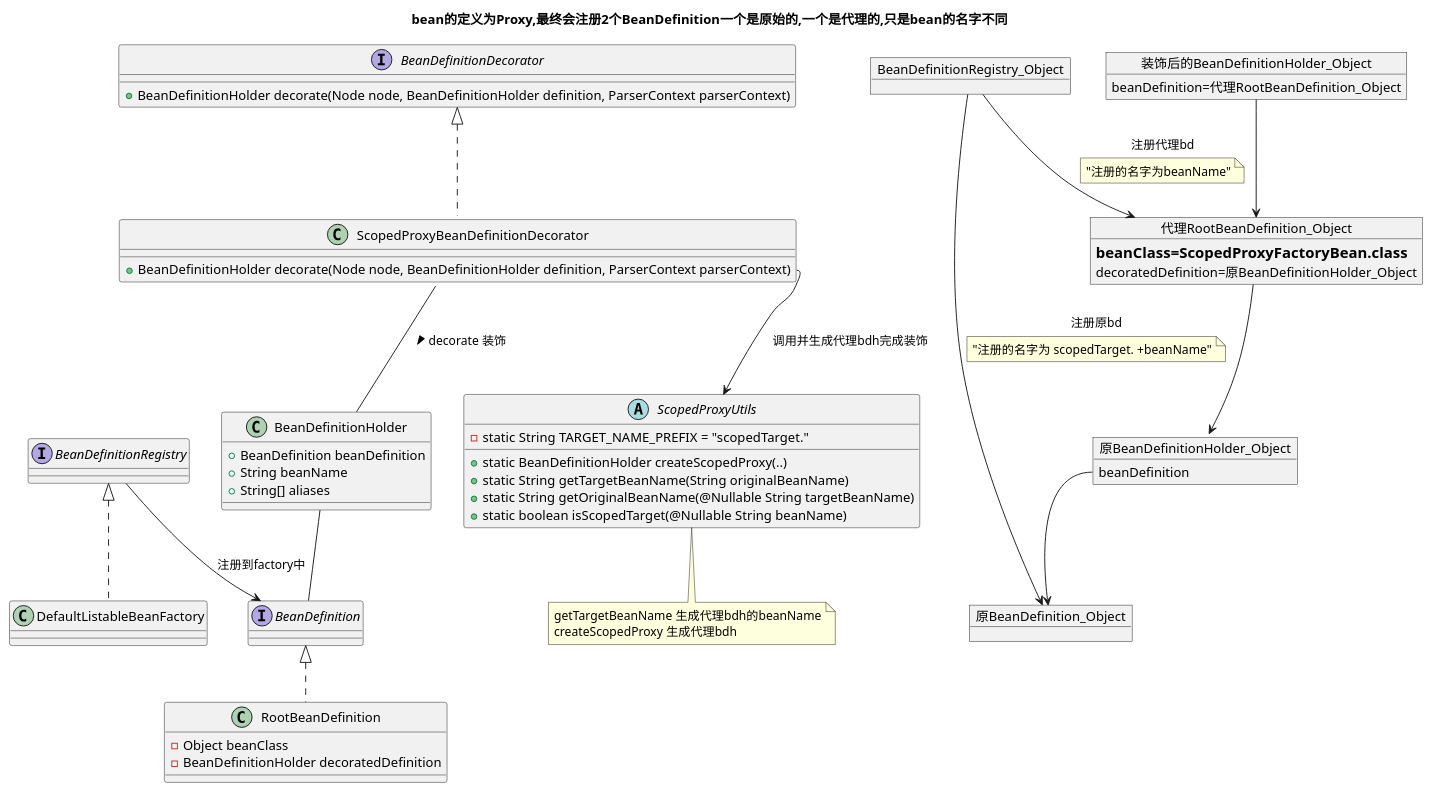
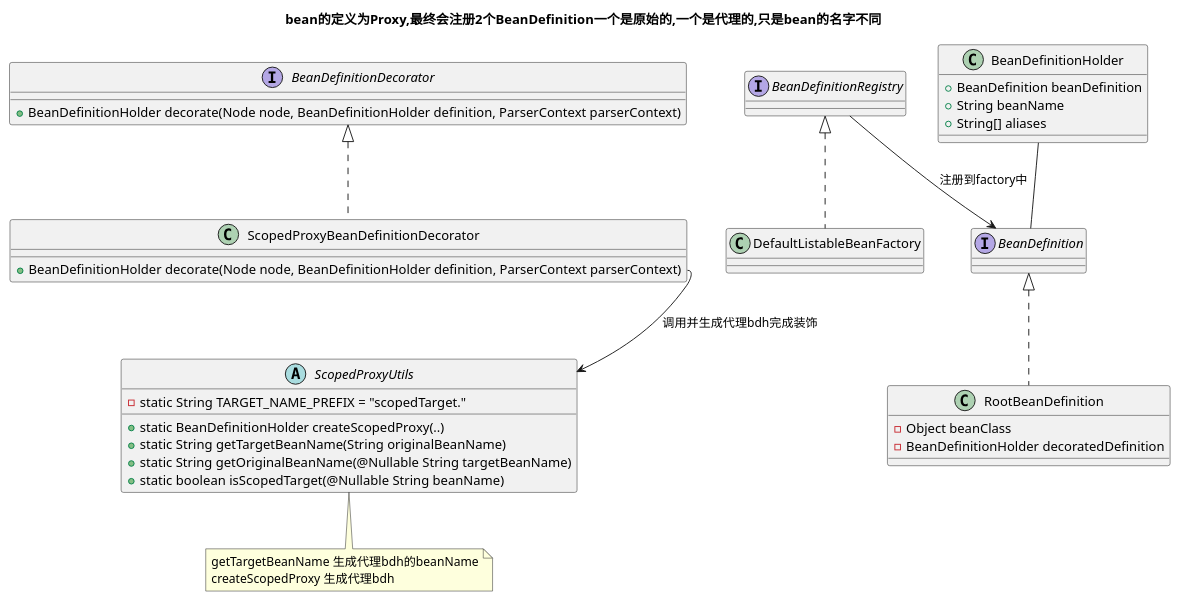
The diagram in uml/src/main/java/clz/BeanDefinition_AOP.puml (FHJ2020/spring-uml), drawn with PlantUML before and after one commit. The commit also changed 6 other files, not shown here.

```diff
--- a/uml/src/main/java/clz/BeanDefinition_AOP.puml
+++ b/uml/src/main/java/clz/BeanDefinition_AOP.puml
@@ -2,63 +2,41 @@
 @startuml
 title bean的定义为Proxy,最终会注册2个BeanDefinition一个是原始的,一个是代理的,只是bean的名字不同
 
 abstract class ScopedProxyUtils{
 	-static String TARGET_NAME_PREFIX = "scopedTarget."
 	+static BeanDefinitionHolder createScopedProxy(..)
     +static String getTargetBeanName(String originalBeanName)
     +static String getOriginalBeanName(@Nullable String targetBeanName)
     +static boolean isScopedTarget(@Nullable String beanName)
 }
 note bottom
 getTargetBeanName 生成代理bdh的beanName
 createScopedProxy 生成代理bdh
 end note
 interface BeanDefinitionRegistry
 class DefaultListableBeanFactory implements BeanDefinitionRegistry
 
 BeanDefinitionRegistry --> BeanDefinition : 注册到factory中
 class BeanDefinitionHolder{
 	+BeanDefinition beanDefinition
 	+String beanName
 	+String[] aliases
 }
 interface BeanDefinitionDecorator{
     + BeanDefinitionHolder decorate(Node node, BeanDefinitionHolder definition, ParserContext parserContext)
 }
 class ScopedProxyBeanDefinitionDecorator implements BeanDefinitionDecorator{
     + BeanDefinitionHolder decorate(Node node, BeanDefinitionHolder definition, ParserContext parserContext)
 }
 
 class RootBeanDefinition implements BeanDefinition{
     - Object beanClass
     - BeanDefinitionHolder decoratedDefinition
 }
 ScopedProxyBeanDefinitionDecorator::decorate --> ScopedProxyUtils : 调用并生成代理bdh完成装饰
 interface BeanDefinition
 
 BeanDefinitionHolder -- BeanDefinition
 
-object BeanDefinitionRegistry_Object
-object 原BeanDefinition_Object
-object 原BeanDefinitionHolder_Object{
-    beanDefinition
-}
-原BeanDefinitionHolder_Object::beanDefinition --> 原BeanDefinition_Object
-object 装饰后的BeanDefinitionHolder_Object{
-    beanDefinition=代理RootBeanDefinition_Object
-}
-object 代理RootBeanDefinition_Object{
-    ==beanClass=ScopedProxyFactoryBean.class
-    decoratedDefinition=原BeanDefinitionHolder_Object
-}
-
-ScopedProxyBeanDefinitionDecorator -- BeanDefinitionHolder : decorate 装饰 >
-装饰后的BeanDefinitionHolder_Object --> 代理RootBeanDefinition_Object
-代理RootBeanDefinition_Object --> 原BeanDefinitionHolder_Object
-BeanDefinitionRegistry_Object --> 原BeanDefinition_Object : 注册原bd
-note on link : "注册的名字为 scopedTarget. +beanName"
-
-BeanDefinitionRegistry_Object --> 代理RootBeanDefinition_Object : 注册代理bd
-note on link : "注册的名字为beanName"
 
 @enduml
```
